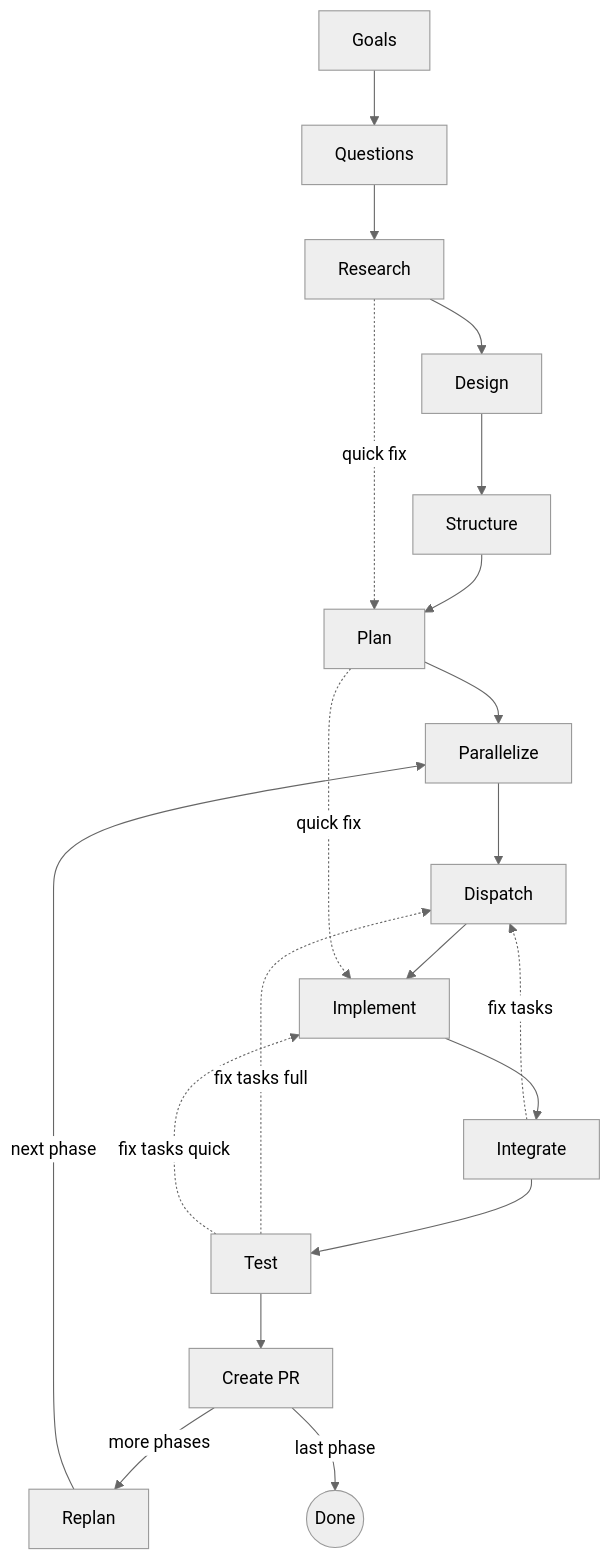
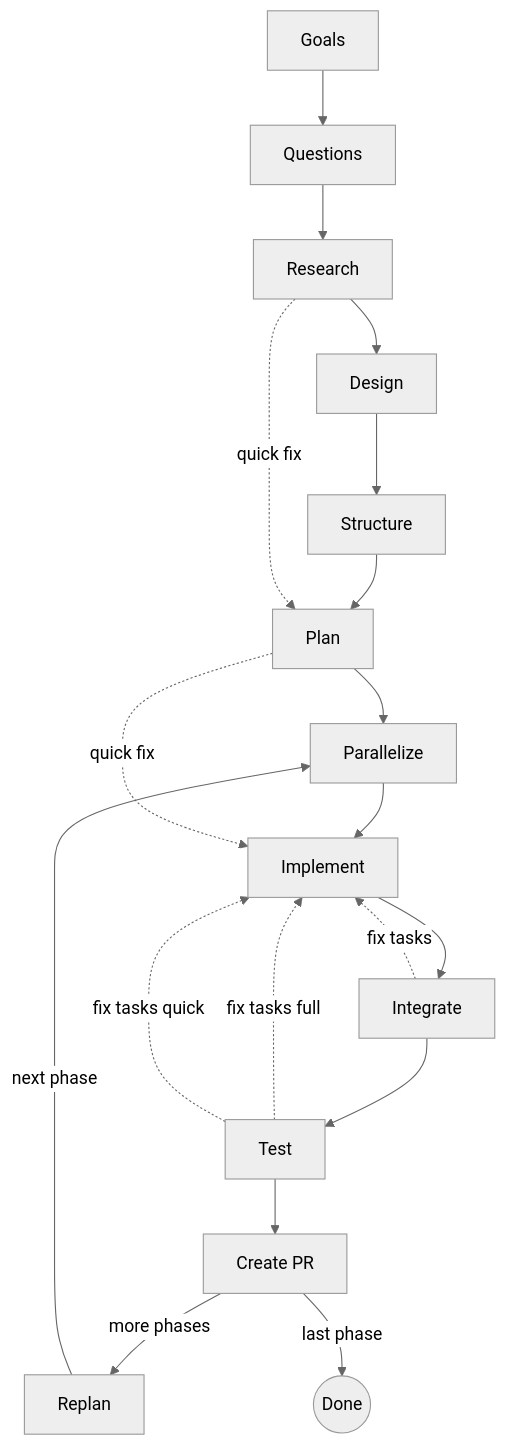
Before and after one commit to dfrysinger/qrspi-plus: the first of 19 diagrams in README.md, drawn with Mermaid (neutral theme). The commit also changed other lines of this file and 11 other files, not shown here.

````diff
--- a/README.md
+++ b/README.md
@@ -11,30 +11,29 @@
 ```mermaid
 flowchart TD
     %% Alignment
     Goals[Goals] --> Questions[Questions]
     Questions --> Research[Research]
     Research --> Design[Design]
     Design --> Structure[Structure]
     Structure --> Plan[Plan]
 
     %% Quick fix shortcut: Research skips directly to Plan
     Research -.->|quick fix| Plan
 
     %% Execution
     Plan --> Parallelize[Parallelize]
-    Parallelize --> Dispatch[Dispatch]
-    Dispatch --> Implement[Implement]
+    Parallelize --> Implement[Implement]
     Implement --> Integrate[Integrate]
     Integrate --> Test[Test]
     Test --> PR[Create PR]
     PR -->|more phases| Replan[Replan]
     Replan -->|next phase| Parallelize
 
     %% Quick fix shortcut: Plan skips directly to Implement
     Plan -.->|quick fix| Implement
 
     PR -->|last phase| Done((Done))
-    Integrate -.->|fix tasks| Dispatch
-    Test -.->|fix tasks full| Dispatch
+    Integrate -.->|fix tasks| Implement
+    Test -.->|fix tasks full| Implement
     Test -.->|fix tasks quick| Implement
 ```
````
